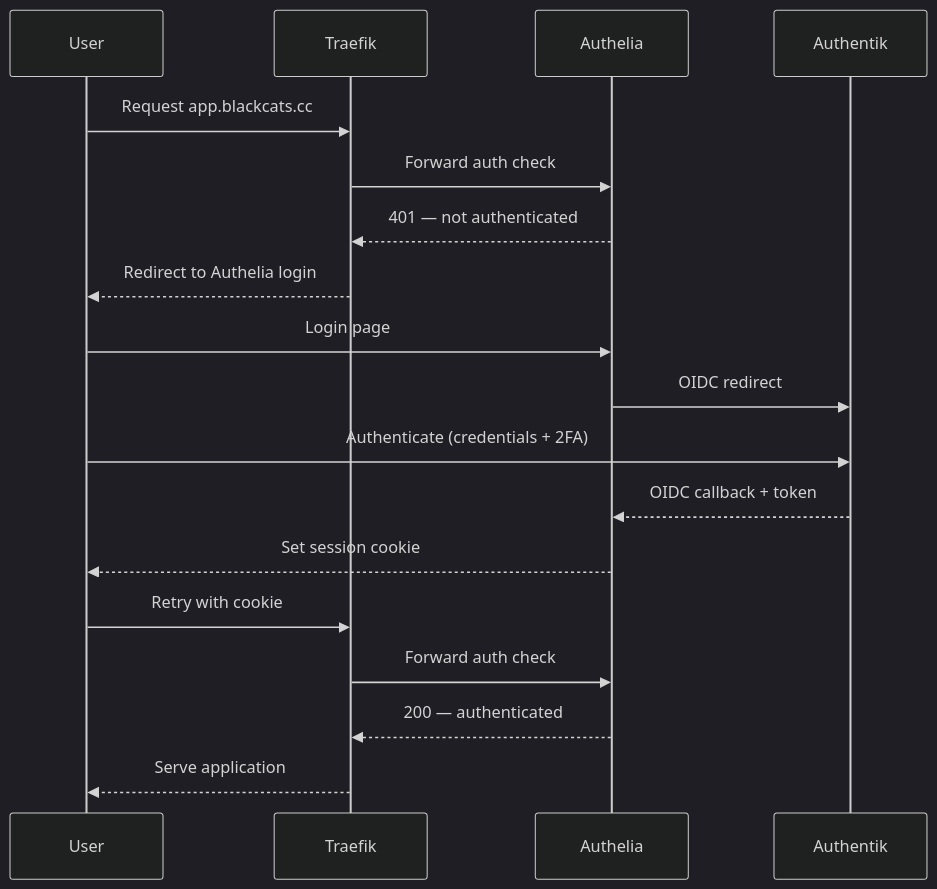
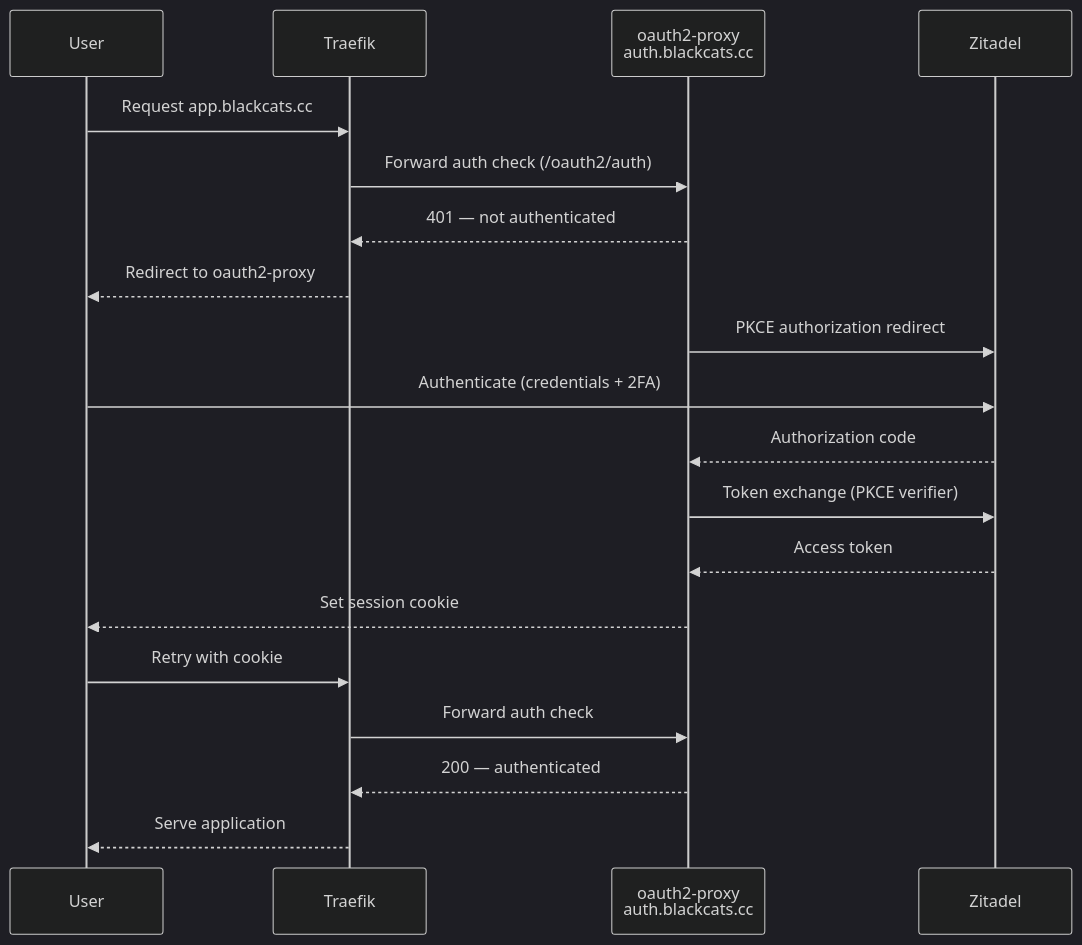
The second of 3 diagrams in docs/operations/security.md (lucid-void/homelab), drawn with Mermaid (dark theme) before and after one commit. The commit also changed other lines of this file and 6 other files, not shown here.

````diff
--- a/docs/operations/security.md
+++ b/docs/operations/security.md
@@ -41,21 +41,22 @@
 ```mermaid
 sequenceDiagram
     participant U as User
     participant TF as Traefik
-    participant AL as Authelia
-    participant AK as Authentik
+    participant OP as oauth2-proxy<br/>auth.blackcats.cc
+    participant ZI as Zitadel
 
     U->>TF: Request app.blackcats.cc
-    TF->>AL: Forward auth check
-    AL-->>TF: 401 — not authenticated
-    TF-->>U: Redirect to Authelia login
-    U->>AL: Login page
-    AL->>AK: OIDC redirect
-    U->>AK: Authenticate (credentials + 2FA)
-    AK-->>AL: OIDC callback + token
-    AL-->>U: Set session cookie
+    TF->>OP: Forward auth check (/oauth2/auth)
+    OP-->>TF: 401 — not authenticated
+    TF-->>U: Redirect to oauth2-proxy
+    OP->>ZI: PKCE authorization redirect
+    U->>ZI: Authenticate (credentials + 2FA)
+    ZI-->>OP: Authorization code
+    OP->>ZI: Token exchange (PKCE verifier)
+    ZI-->>OP: Access token
+    OP-->>U: Set session cookie
     U->>TF: Retry with cookie
-    TF->>AL: Forward auth check
-    AL-->>TF: 200 — authenticated
+    TF->>OP: Forward auth check
+    OP-->>TF: 200 — authenticated
     TF-->>U: Serve application
 ```
````
